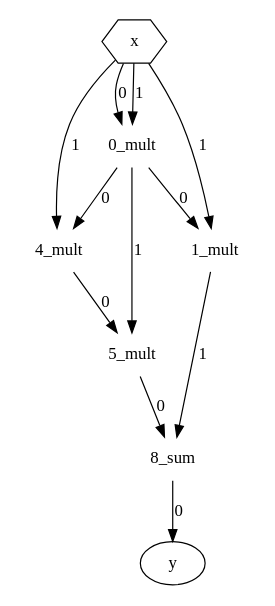
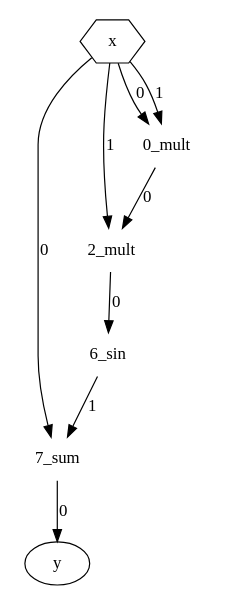
The diagram in best.dot (joaoMartinSaquet/pyCGP), drawn with Graphviz before and after one commit. The commit also changed 4 other files, not shown here.

```diff
--- a/best.dot
+++ b/best.dot
@@ -1,24 +1,20 @@
 digraph cgp {
 	size = "4,4";
 	y [shape=oval];
-	sum_8 -> y [label="0"];
-	sum_8 [label= "8_sum", shape=none];
-	mult_5 -> sum_8 [label="0"];
-	mult_5 [label= "5_mult", shape=none];
-	mult_4 -> mult_5 [label="0"];
-	mult_4 [label= "4_mult", shape=none];
-	mult_0 -> mult_4 [label="0"];
+	sum_7 -> y [label="0"];
+	sum_7 [label= "7_sum", shape=none];
+	x [shape=polygon,sides=6];
+	x -> sum_7 [label="0"];
+	sin_6 -> sum_7 [label="1"];
+	sin_6 [label= "6_sin", shape=none];
+	mult_2 -> sin_6 [label="0"];
+	mult_2 [label= "2_mult", shape=none];
+	mult_0 -> mult_2 [label="0"];
 	mult_0 [label= "0_mult", shape=none];
 	x [shape=polygon,sides=6];
 	x -> mult_0 [label="0"];
 	x [shape=polygon,sides=6];
 	x -> mult_0 [label="1"];
 	x [shape=polygon,sides=6];
-	x -> mult_4 [label="1"];
-	mult_0 -> mult_5 [label="1"];
-	mult_1 -> sum_8 [label="1"];
-	mult_1 [label= "1_mult", shape=none];
-	mult_0 -> mult_1 [label="0"];
-	x [shape=polygon,sides=6];
-	x -> mult_1 [label="1"];
+	x -> mult_2 [label="1"];
 }
```
